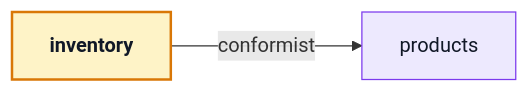
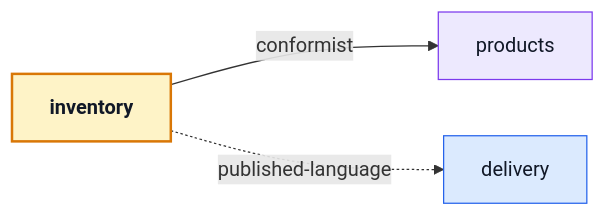
The first of 3 diagrams in docs/modules/inventory.md (Guebbit/boilerplate-vue-frontend), drawn with Mermaid before and after one commit. The commit also changed other lines of this file and 28 other files, not shown here.

````diff
--- a/docs/modules/inventory.md
+++ b/docs/modules/inventory.md
@@ -24,12 +24,14 @@
 ```mermaid
 %%{init: {'flowchart': {'nodeSpacing': 45, 'rankSpacing': 75}}}%%
 flowchart LR
     inventory["<b>inventory</b>"] -->|"conformist"| products["products"]
+    inventory["<b>inventory</b>"] -.->|"published-language"| delivery["delivery"]
 
     classDef core fill:#ede9fe,stroke:#7c3aed,color:#111827;
     classDef supporting fill:#dbeafe,stroke:#2563eb,color:#111827;
     classDef generic fill:#ccfbf1,stroke:#0f766e,color:#111827;
     classDef self fill:#fef3c7,stroke:#d97706,color:#111827,stroke-width:2px;
     class products core;
+    class delivery supporting;
     class inventory self;
 ```
````
